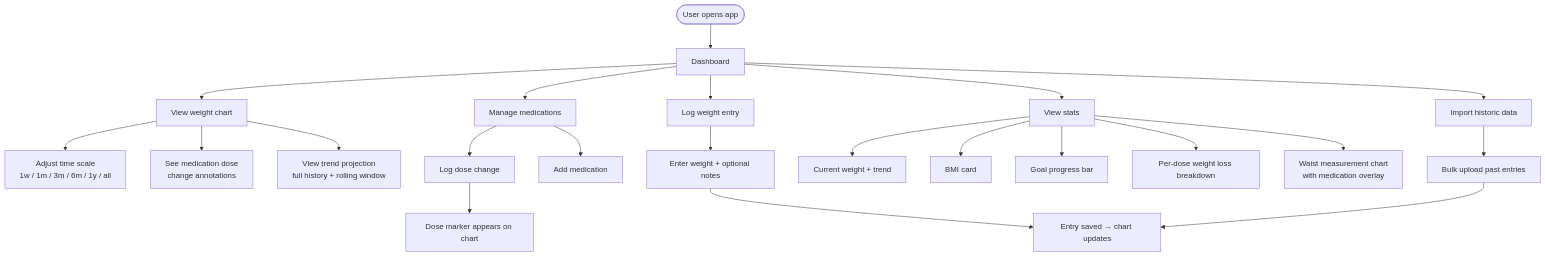
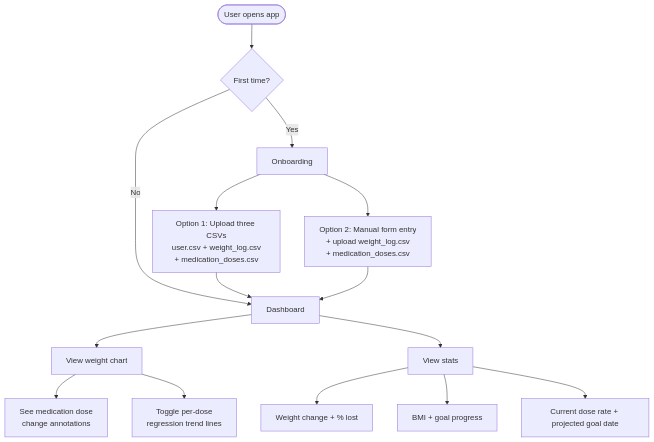
One commit to LFairbairn/weight-tracker changed the second of 2 diagrams in README.md. Above: the diagram before and after it, drawn with Mermaid. The commit also changed other lines of this file and 3 other files, not shown here.

First line of the commit message:
Add weight line toggle, polish chart controls and README

````diff
--- a/README.md
+++ b/README.md
@@ -57,29 +57,21 @@
 ```mermaid
 flowchart TD
-    A([User opens app]) --> B[Dashboard]
+    A([User opens app]) --> H{First time?}
+
+    H -->|No| B[Dashboard]
+    H -->|Yes| G[Onboarding]
+
+    G --> G1[Option 1: Upload three CSVs\nuser.csv + weight_log.csv\n+ medication_doses.csv]
+    G --> G2[Option 2: Manual form entry\n+ upload weight_log.csv\n+ medication_doses.csv]
+    G1 --> B
+    G2 --> B
 
     B --> C[View weight chart]
-    C --> C1[Adjust time scale\n1w / 1m / 3m / 6m / 1y / all]
     C --> C2[See medication dose\nchange annotations]
-    C --> C3[View trend projection\nfull history + rolling window]
-
-    B --> D[Log weight entry]
-    D --> D1[Enter weight + optional notes]
-    D1 --> D2[Entry saved → chart updates]
-
-    B --> E[Manage medications]
-    E --> E1[Add medication]
-    E --> E2[Log dose change]
-    E2 --> E3[Dose marker appears on chart]
+    C --> C3[Toggle per-dose\nregression trend lines]
 
     B --> F[View stats]
-    F --> F1[Current weight + trend]
-    F --> F2[BMI card]
-    F --> F3[Goal progress bar]
-    F --> F4[Per-dose weight loss breakdown]
-    F --> F5[Waist measurement chart\nwith medication overlay]
-
-    B --> G[Import historic data]
-    G --> G1[Bulk upload past entries]
-    G1 --> D2
+    F --> F1[Weight change + % lost]
+    F --> F2[BMI + goal progress]
+    F --> F3[Current dose rate + projected goal date]
 ```
````
